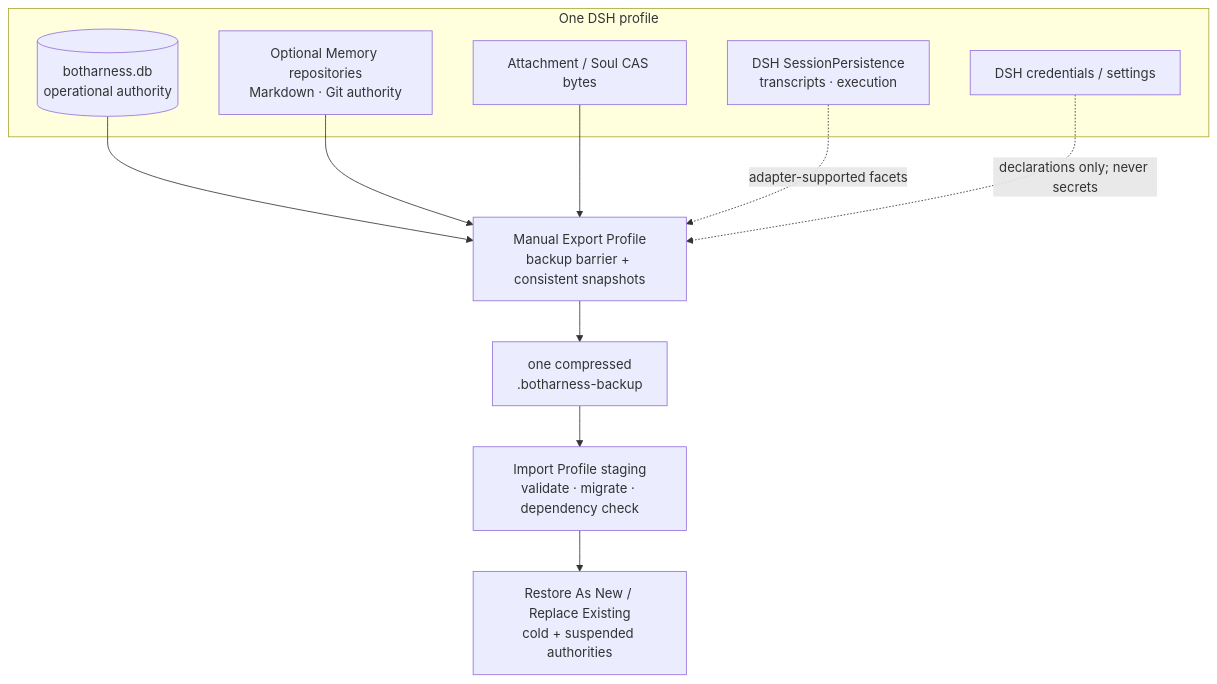
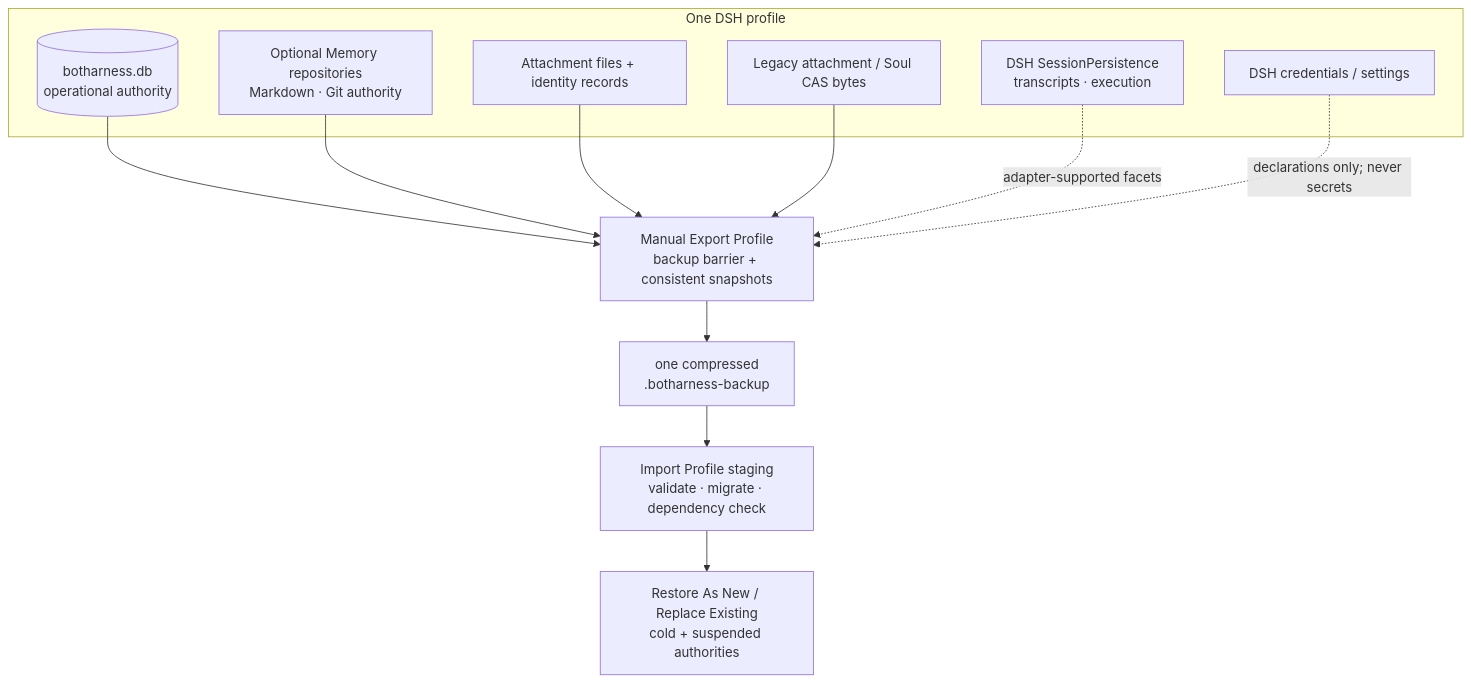
Before and after one commit to BotHarness/BotHarness: the sixth of 6 diagrams in docs/architecture/botharness-architecture.en.md, drawn with Mermaid. The commit also changed other lines of this file and 56 other files, not shown here.

````diff
--- a/docs/architecture/botharness-architecture.en.md
+++ b/docs/architecture/botharness-architecture.en.md
@@ -281,24 +281,26 @@
 ```mermaid
 flowchart TB
   subgraph Profile["One DSH profile"]
     DB[("botharness.db<br/>operational authority")]
     Files["Optional Memory repositories<br/>Markdown · Git authority"]
-    CAS["Attachment / Soul CAS bytes"]
+    Attachments["Attachment files + identity records"]
+    CAS["Legacy attachment / Soul CAS bytes"]
     DSHS["DSH SessionPersistence<br/>transcripts · execution"]
     Creds["DSH credentials / settings"]
   end
 
   Barrier["Manual Export Profile<br/>backup barrier + consistent snapshots"]
   Package["one compressed<br/>.botharness-backup"]
   Stage["Import Profile staging<br/>validate · migrate · dependency check"]
   Target["Restore As New / Replace Existing<br/>cold + suspended authorities"]
 
   DB --> Barrier
   Files --> Barrier
+  Attachments --> Barrier
   CAS --> Barrier
   DSHS -.->|"adapter-supported facets"| Barrier
   Creds -.->|"declarations only; never secrets"| Barrier
   Barrier --> Package
   Package --> Stage
   Stage --> Target
 ```
````
